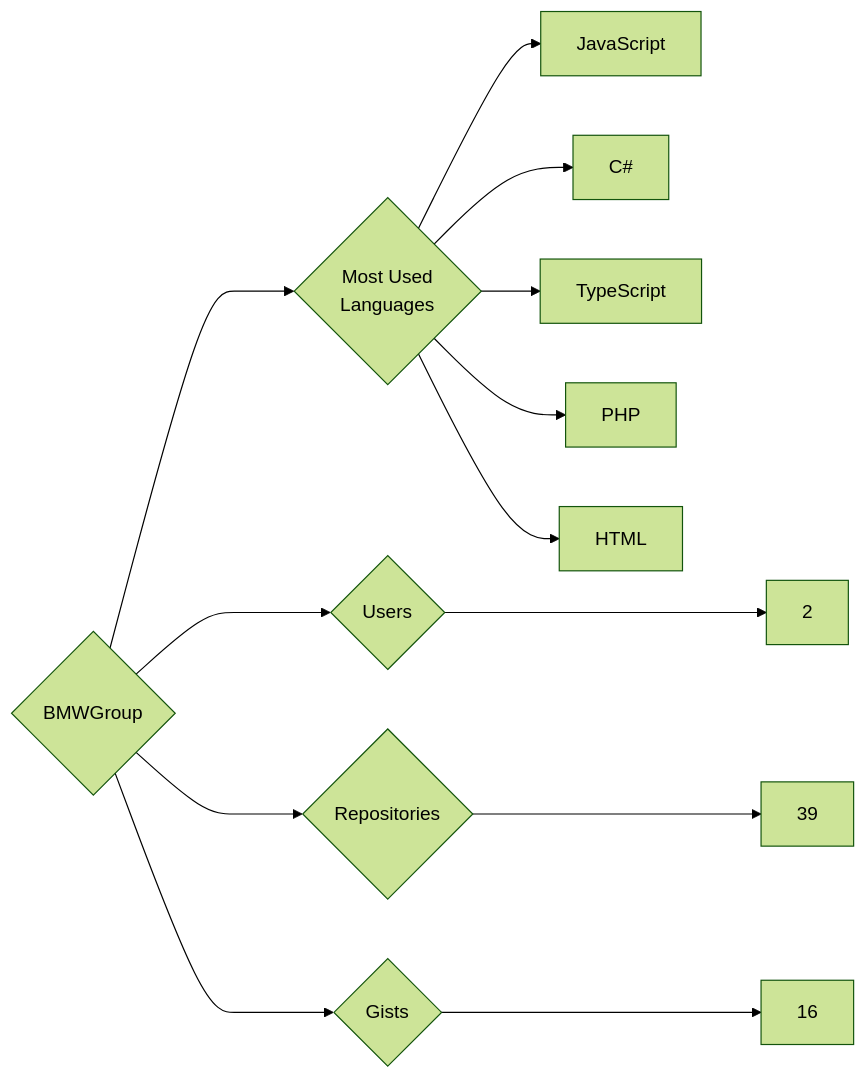
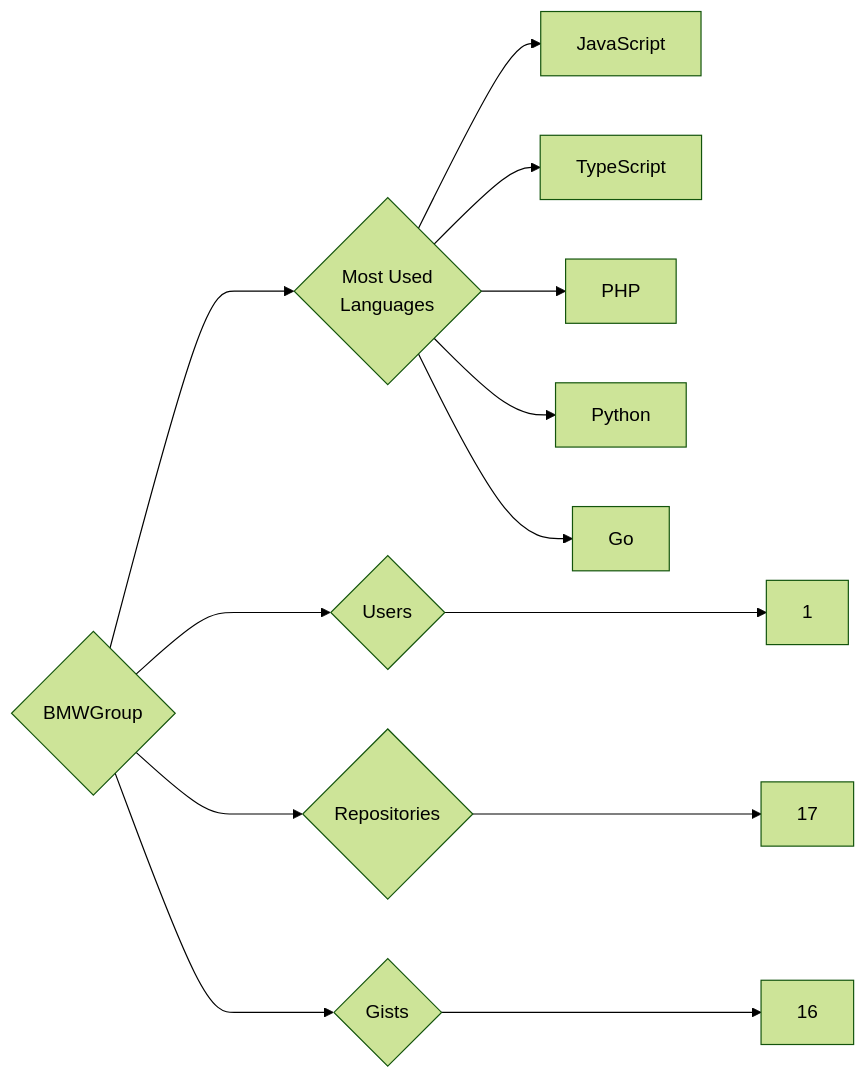
One commit to trickest/insiders changed the diagram in targets/BMWGroup/README.md. Above: the diagram before and after it, drawn with Mermaid (forest theme). The commit also changed 1055 other files, not shown here.

````diff
--- a/targets/BMWGroup/README.md
+++ b/targets/BMWGroup/README.md
@@ -3,13 +3,13 @@
 ```mermaid
 graph LR
 COMPANY_NAME{BMWGroup}
-COMPANY_NAME ---> U{Users} ---> UN[2]
-COMPANY_NAME ---> R{Repositories} ---> RN[39]
+COMPANY_NAME ---> U{Users} ---> UN[1]
+COMPANY_NAME ---> R{Repositories} ---> RN[17]
 COMPANY_NAME ---> G{Gists} ---> GN[16]
 COMPANY_NAME ---> ML{Most Used<br>Languages}
 ML --> JavaScript[JavaScript]
-ML --> C#[C#]
 ML --> TypeScript[TypeScript]
 ML --> PHP[PHP]
-ML --> HTML[HTML]
+ML --> Python[Python]
+ML --> Go[Go]
 ```
````
